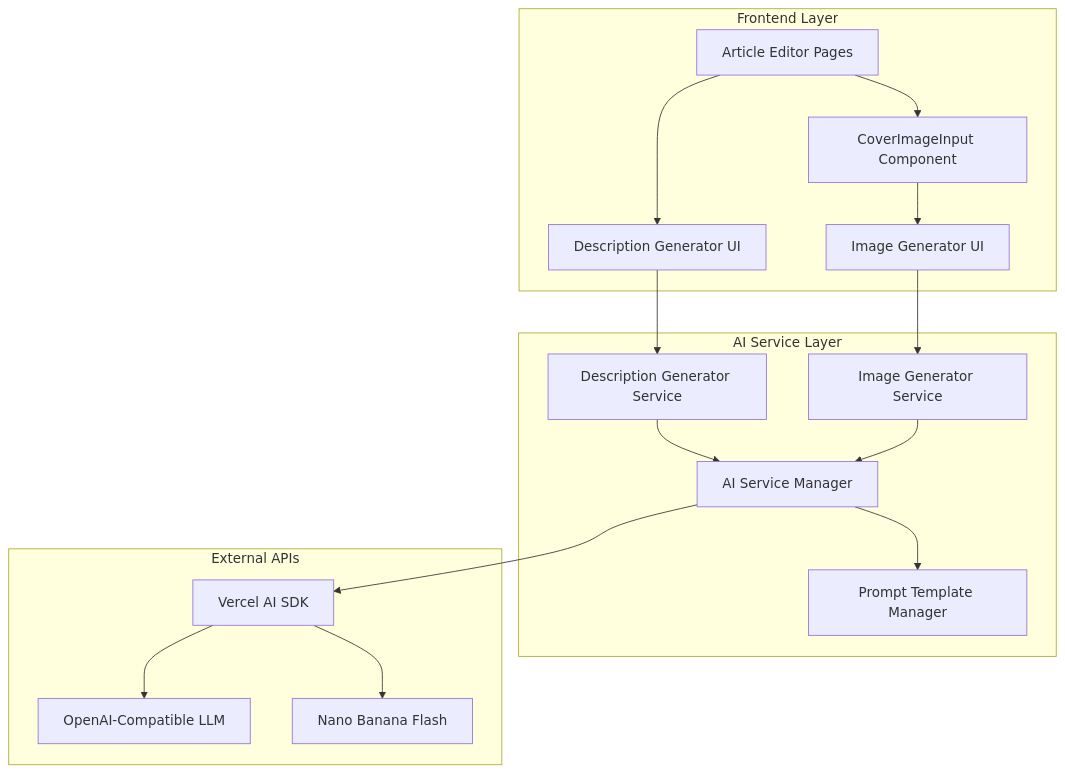
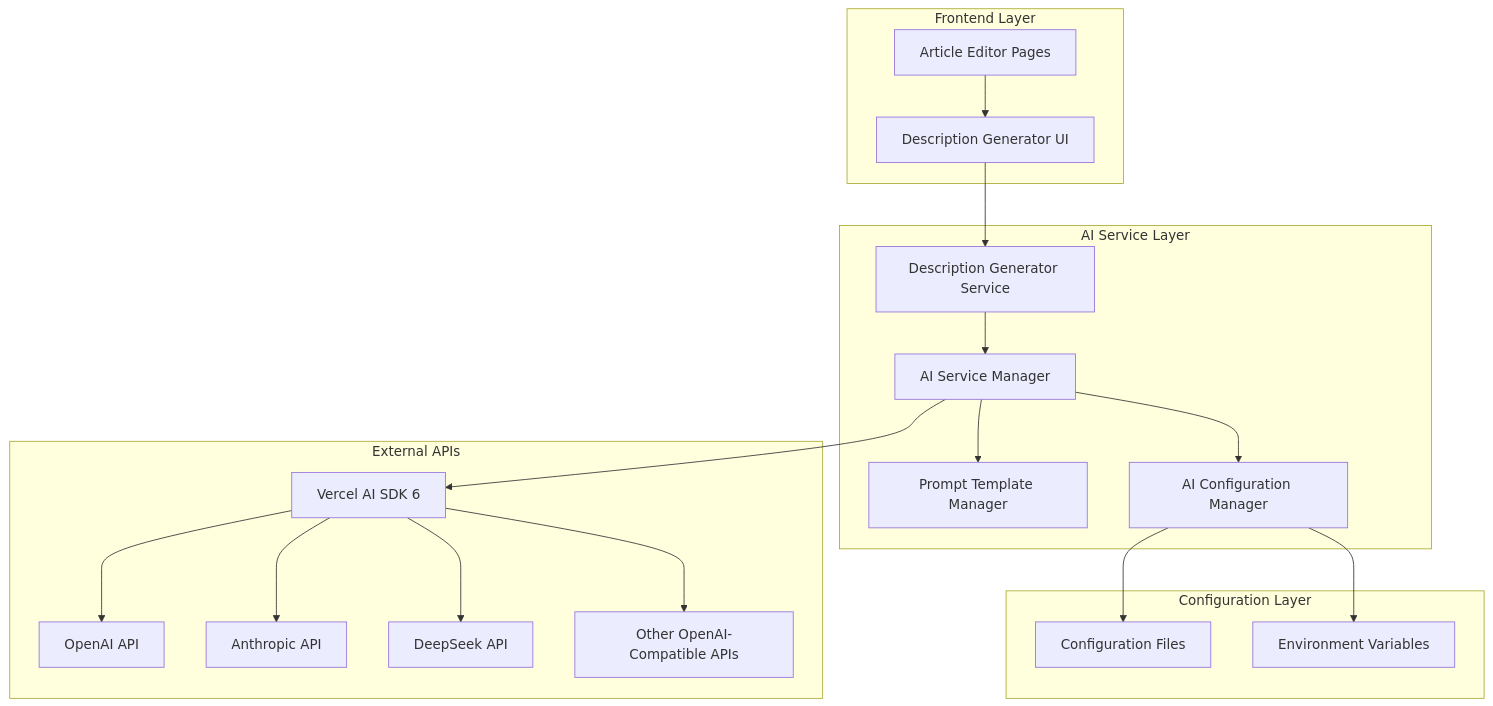
Before and after one commit to mymonkey110/vc-blog: the diagram in .kiro/specs/ai-enhanced-article-editing/design.md, drawn with Mermaid. The commit also changed other lines of this file and 14 other files, not shown here.

````diff
--- a/.kiro/specs/ai-enhanced-article-editing/design.md
+++ b/.kiro/specs/ai-enhanced-article-editing/design.md
@@ -11,34 +11,40 @@
 ```mermaid
 graph TB
     subgraph "Frontend Layer"
         AE[Article Editor Pages]
-        CIC[CoverImageInput Component]
         DG[Description Generator UI]
-        IG[Image Generator UI]
     end
 
     subgraph "AI Service Layer"
         AIS[AI Service Manager]
         DGS[Description Generator Service]
-        IGS[Image Generator Service]
         PT[Prompt Template Manager]
+        AC[AI Configuration Manager]
+    end
+
+    subgraph "Configuration Layer"
+        CF[Configuration Files]
+        ENV[Environment Variables]
     end
 
     subgraph "External APIs"
-        AISDK[Vercel AI SDK]
-        LLM[OpenAI-Compatible LLM]
-        NBF[Nano Banana Flash]
+        AISDK[Vercel AI SDK 6]
+        OAI[OpenAI API]
+        ANT[Anthropic API]
+        DS[DeepSeek API]
+        OTHER[Other OpenAI-Compatible APIs]
     end
 
     AE --> DG
-    AE --> CIC
-    CIC --> IG
     DG --> DGS
-    IG --> IGS
     DGS --> AIS
-    IGS --> AIS
     AIS --> PT
+    AIS --> AC
+    AC --> CF
+    AC --> ENV
     AIS --> AISDK
-    AISDK --> LLM
-    AISDK --> NBF
+    AISDK --> OAI
+    AISDK --> ANT
+    AISDK --> DS
+    AISDK --> OTHER
 ```
````
